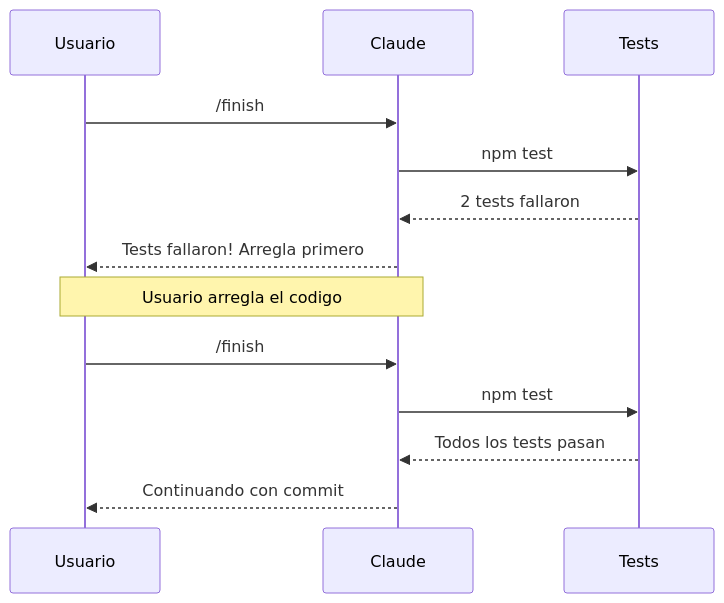
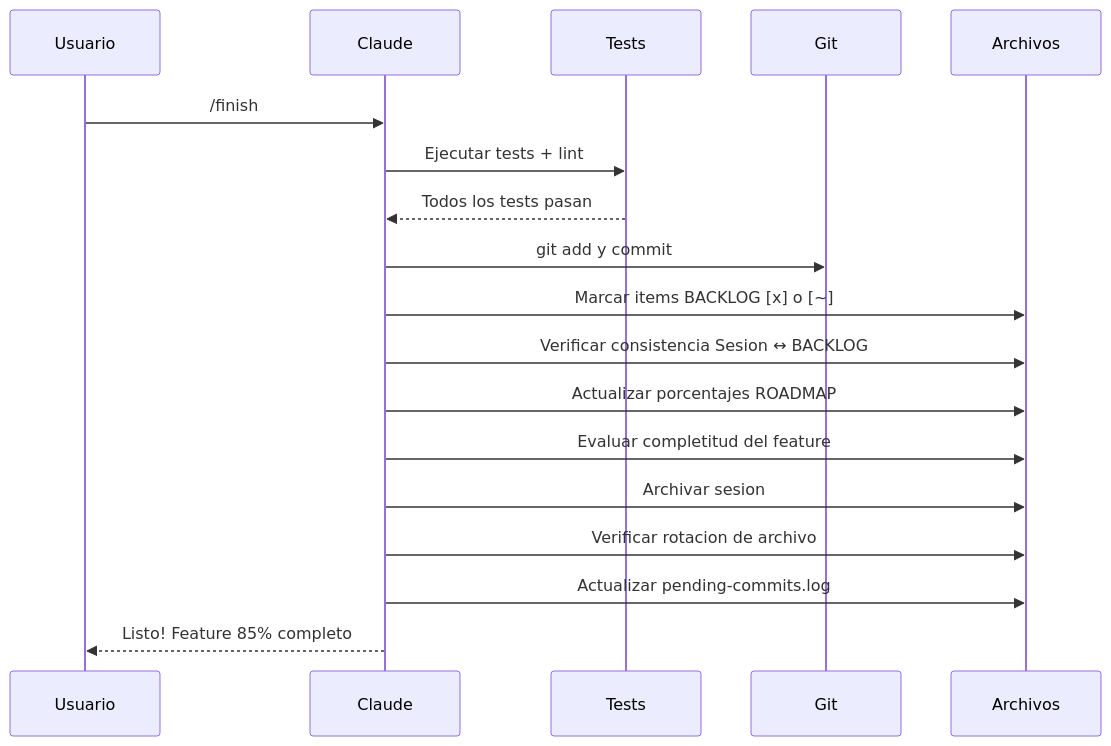
Before and after one commit to brujoh88/workflowIA: the fourth of 6 diagrams in README.es.md, drawn with Mermaid. The commit also changed other lines of this file and 23 other files, not shown here.

````diff
--- a/README.es.md
+++ b/README.es.md
@@ -128,16 +149,21 @@
 ```mermaid
 sequenceDiagram
     participant U as Usuario
     participant C as Claude
     participant T as Tests
+    participant G as Git
+    participant F as Archivos
 
     U->>C: /finish
-    C->>T: npm test
-    T-->>C: 2 tests fallaron
-    C-->>U: Tests fallaron! Arregla primero
-    Note over U,C: Usuario arregla el codigo
-    U->>C: /finish
-    C->>T: npm test
+    C->>T: Ejecutar tests + lint
     T-->>C: Todos los tests pasan
-    C-->>U: Continuando con commit
+    C->>G: git add y commit
+    C->>F: Marcar items BACKLOG [x] o [~]
+    C->>F: Verificar consistencia Sesion ↔ BACKLOG
+    C->>F: Actualizar porcentajes ROADMAP
+    C->>F: Evaluar completitud del feature
+    C->>F: Archivar sesion
+    C->>F: Verificar rotacion de archivo
+    C->>F: Actualizar pending-commits.log
+    C-->>U: Listo! Feature 85% completo
 ```
````
